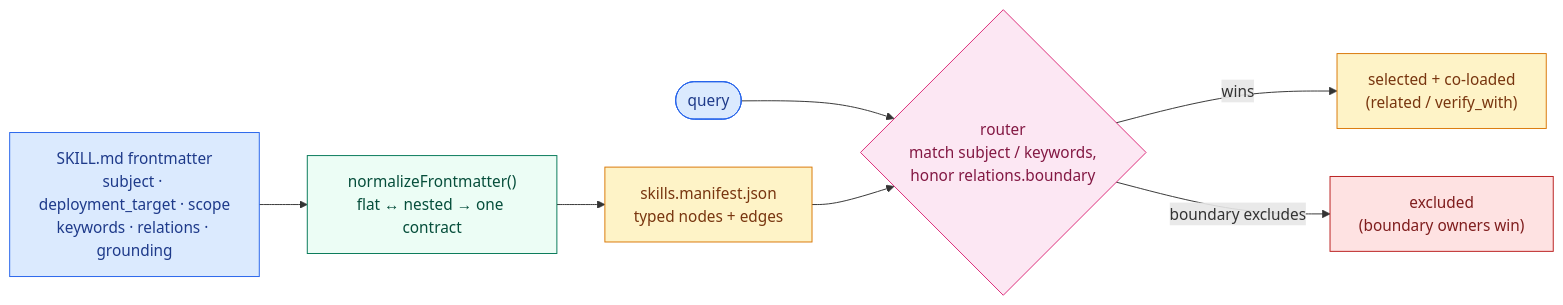
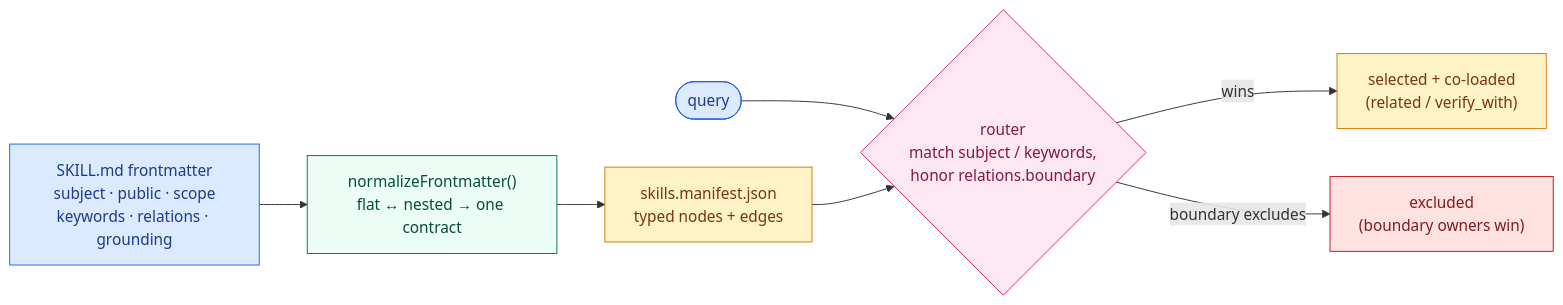
Before and after one commit to jacob-balslev/skill-graph: the diagram in skill-metadata-protocol/README.md, drawn with Mermaid. The commit also changed other lines of this file and 3 other files, not shown here.

First line of the commit message:
docs(v8): deployment_target -> public in protocol docs (Part 2D)

````diff
--- a/skill-metadata-protocol/README.md
+++ b/skill-metadata-protocol/README.md
@@ -45,20 +45,20 @@
 ```mermaid
 flowchart LR
-  FM["SKILL.md frontmatter<br/>subject · deployment_target · scope<br/>keywords · relations · grounding"]:::input
+  FM["SKILL.md frontmatter<br/>subject · public · scope<br/>keywords · relations · grounding"]:::input
   Norm["normalizeFrontmatter()<br/>flat ↔ nested → one contract"]:::tool
   Man["skills.manifest.json<br/>typed nodes + edges"]:::artifact
   Q(["query"]):::input
   Route{"router<br/>match subject / keywords,<br/>honor relations.boundary"}:::gate
   Sel["selected + co-loaded<br/>(related / verify_with)"]:::artifact
   Exc["excluded<br/>(boundary owners win)"]:::err
   FM --> Norm --> Man
   Q --> Route
   Man --> Route
   Route -->|wins| Sel
   Route -->|boundary excludes| Exc
   classDef input fill:#dbeafe,stroke:#2563eb,color:#1e3a8a
   classDef tool fill:#ecfdf5,stroke:#047857,color:#064e3b
   classDef gate fill:#fce7f3,stroke:#db2777,color:#831843
   classDef artifact fill:#fef3c7,stroke:#d97706,color:#78350f
   classDef err fill:#fee2e2,stroke:#b91c1c,color:#7f1d1d
 ```
````
